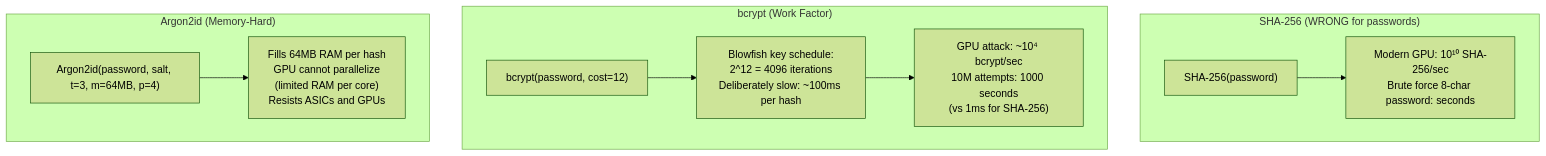
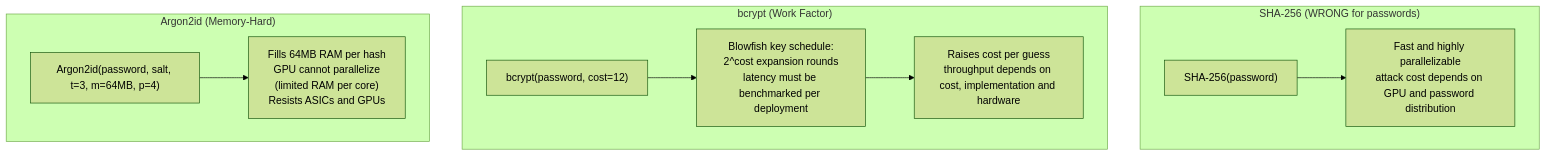
One commit to choisimo/document changed the seventh of 20 diagrams in content/docs/books/cs-reference/ko/security-internals.md. Above: the diagram before and after it, drawn with Mermaid (forest theme). The commit also changed other lines of this file and 504 other files, not shown here.

````diff
--- a/content/docs/books/cs-reference/ko/security-internals.md
+++ b/content/docs/books/cs-reference/ko/security-internals.md
@@ -175,20 +183,20 @@
 ```mermaid
 flowchart TD
     subgraph "SHA-256 (WRONG for passwords)"
         SHA["SHA-256(password)"]
-        GPU["Modern GPU: 10¹⁰ SHA-256/sec\nBrute force 8-char password: seconds"]
+        GPU["Fast and highly parallelizable\nattack cost depends on GPU and password distribution"]
         SHA --> GPU
     end
     subgraph "bcrypt (Work Factor)"
         BCR["bcrypt(password, cost=12)"]
-        BLO["Blowfish key schedule:\n2^12 = 4096 iterations\nDeliberately slow: ~100ms per hash"]
+        BLO["Blowfish key schedule:\n2^cost expansion rounds\nlatency must be benchmarked per deployment"]
         BCR --> BLO
-        GPU2["GPU attack: ~10⁴ bcrypt/sec\n10M attempts: 1000 seconds\n(vs 1ms for SHA-256)"]
+        GPU2["Raises cost per guess\nthroughput depends on cost, implementation and hardware"]
         BLO --> GPU2
     end
     subgraph "Argon2id (Memory-Hard)"
         ARG["Argon2id(password, salt, t=3, m=64MB, p=4)"]
         MEM["Fills 64MB RAM per hash\nGPU cannot parallelize\n(limited RAM per core)\nResists ASICs and GPUs"]
         ARG --> MEM
     end
 ```
````
